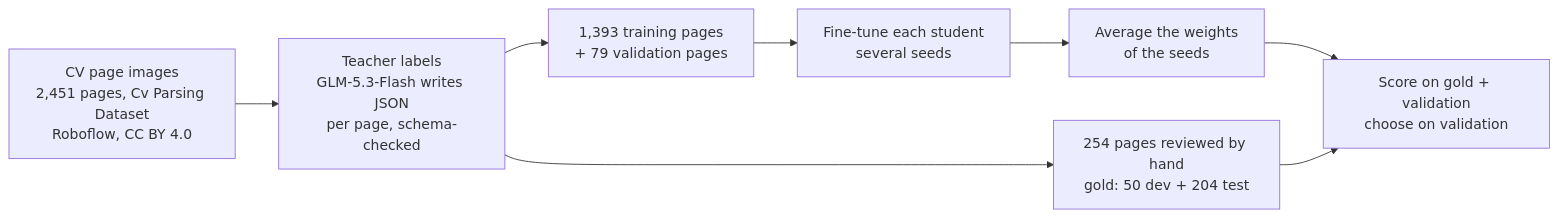
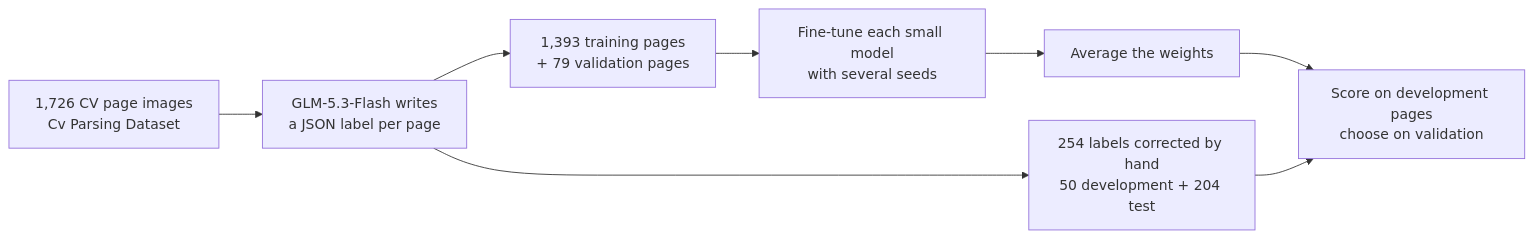
The first of 2 diagrams in docs/how-it-works.md (iamkucuk/tiny-resume-parser), drawn with Mermaid before and after one commit. The commit also changed other lines of this file and 21 other files, not shown here.

First line of the commit message:
Rewrite the docs: shorter README, findings page, one home per score

````diff
--- a/docs/how-it-works.md
+++ b/docs/how-it-works.md
@@ -6,10 +7,10 @@
 ```mermaid
 flowchart LR
-    A[CV page images<br/>2,451 pages, Cv Parsing Dataset<br/>Roboflow, CC BY 4.0] --> B[Teacher labels<br/>GLM-5.3-Flash writes JSON<br/>per page, schema-checked]
-    B --> C[254 pages reviewed by hand<br/>gold: 50 dev + 204 test]
+    A[1,726 CV page images<br/>Cv Parsing Dataset] --> B[GLM-5.3-Flash writes<br/>a JSON label per page]
+    B --> C[254 labels corrected by hand<br/>50 development + 204 test]
     B --> D[1,393 training pages<br/>+ 79 validation pages]
-    D --> E[Fine-tune each student<br/>several seeds]
-    E --> F[Average the weights<br/>of the seeds]
-    F --> G[Score on gold + validation<br/>choose on validation]
+    D --> E[Fine-tune each small model<br/>with several seeds]
+    E --> F[Average the weights]
+    F --> G[Score on development pages<br/>choose on validation]
     C --> G
 ```
````
